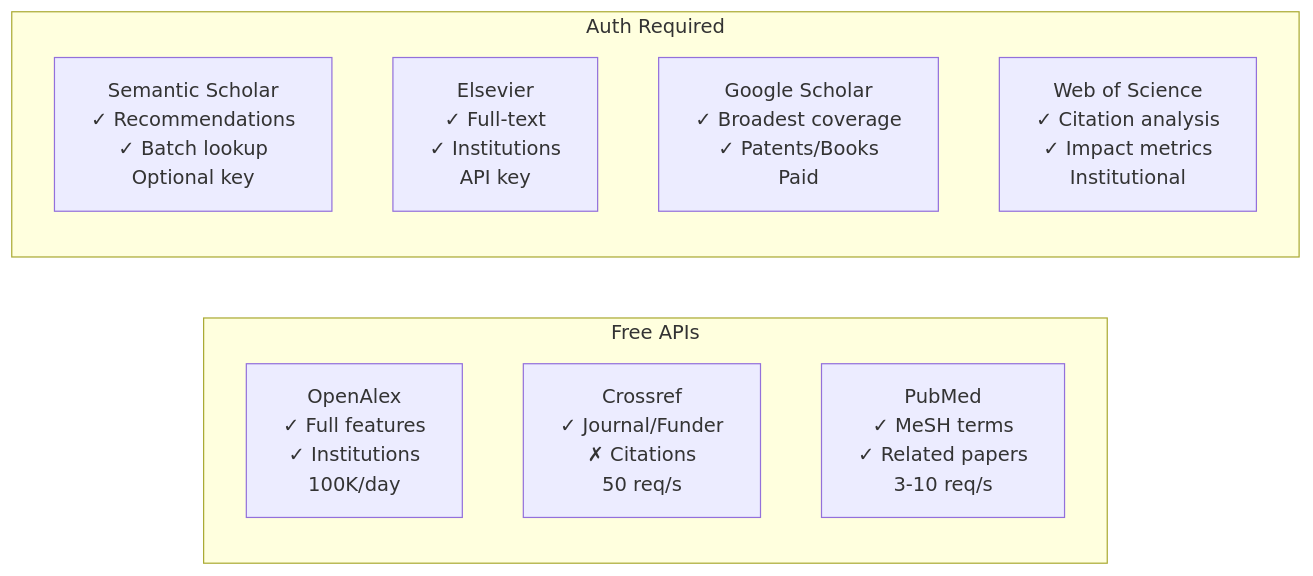
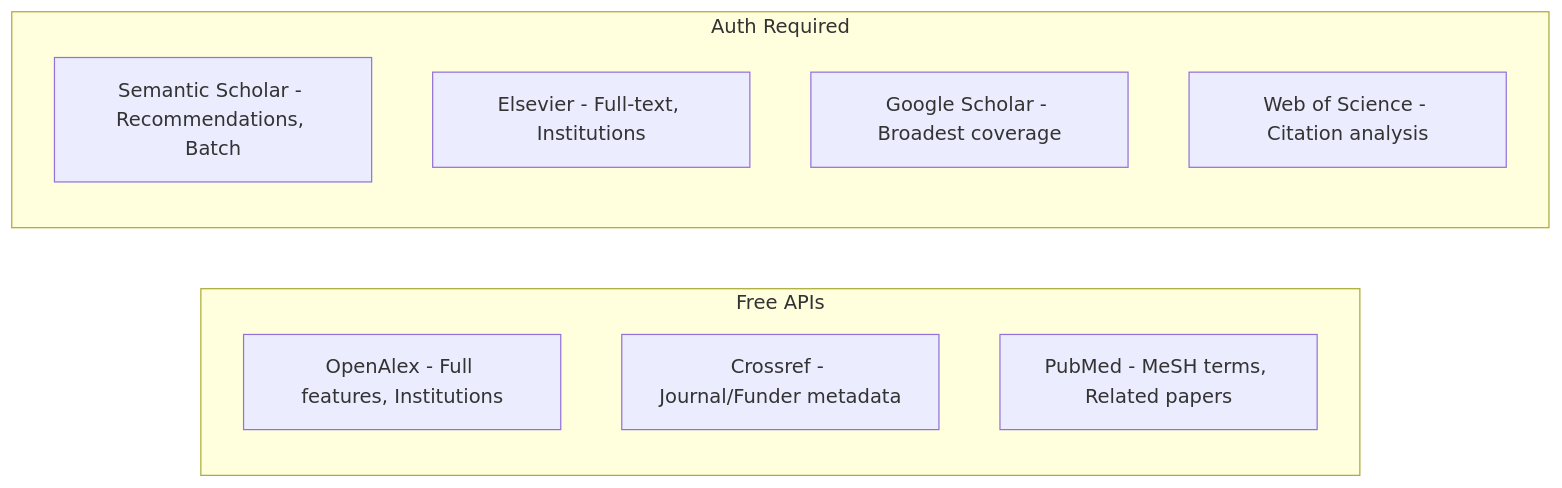
Before and after one commit to SteadfastAsArt/paper-ladder: diagram 12 of 15 in docs/ARCHITECTURE.md, drawn with Mermaid. The commit also changed other lines of this file, not shown here.

Commit message:
Fix Mermaid syntax for GitHub compatibility

````diff
--- a/docs/ARCHITECTURE.md
+++ b/docs/ARCHITECTURE.md
@@ -674,15 +661,15 @@
 ```mermaid
 graph LR
-    subgraph "Free APIs"
-        OA[OpenAlex<br/>✓ Full features<br/>✓ Institutions<br/>100K/day]
-        CR[Crossref<br/>✓ Journal/Funder<br/>✗ Citations<br/>50 req/s]
-        PM[PubMed<br/>✓ MeSH terms<br/>✓ Related papers<br/>3-10 req/s]
+    subgraph Free[Free APIs]
+        OA[OpenAlex - Full features, Institutions]
+        CR[Crossref - Journal/Funder metadata]
+        PM[PubMed - MeSH terms, Related papers]
     end
 
-    subgraph "Auth Required"
-        SS[Semantic Scholar<br/>✓ Recommendations<br/>✓ Batch lookup<br/>Optional key]
-        EL[Elsevier<br/>✓ Full-text<br/>✓ Institutions<br/>API key]
-        GS[Google Scholar<br/>✓ Broadest coverage<br/>✓ Patents/Books<br/>Paid]
-        WOS[Web of Science<br/>✓ Citation analysis<br/>✓ Impact metrics<br/>Institutional]
+    subgraph Auth[Auth Required]
+        SS[Semantic Scholar - Recommendations, Batch]
+        EL[Elsevier - Full-text, Institutions]
+        GS[Google Scholar - Broadest coverage]
+        WOS[Web of Science - Citation analysis]
     end
 ```
````
